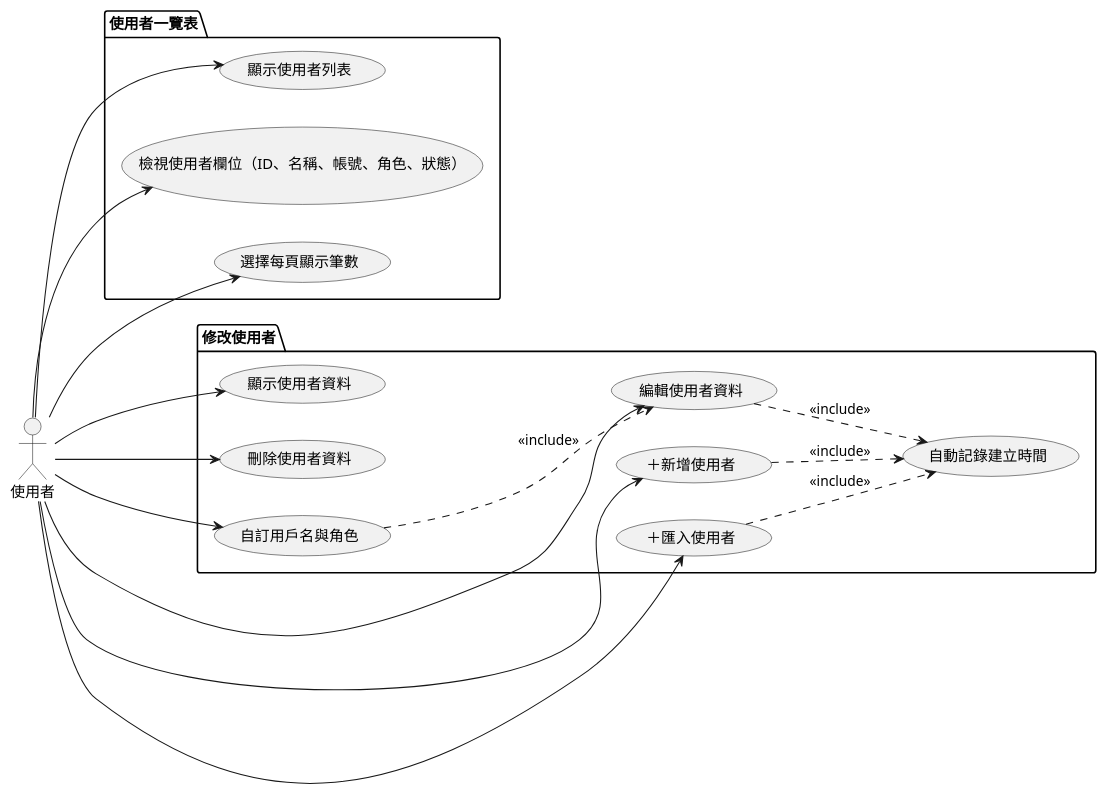
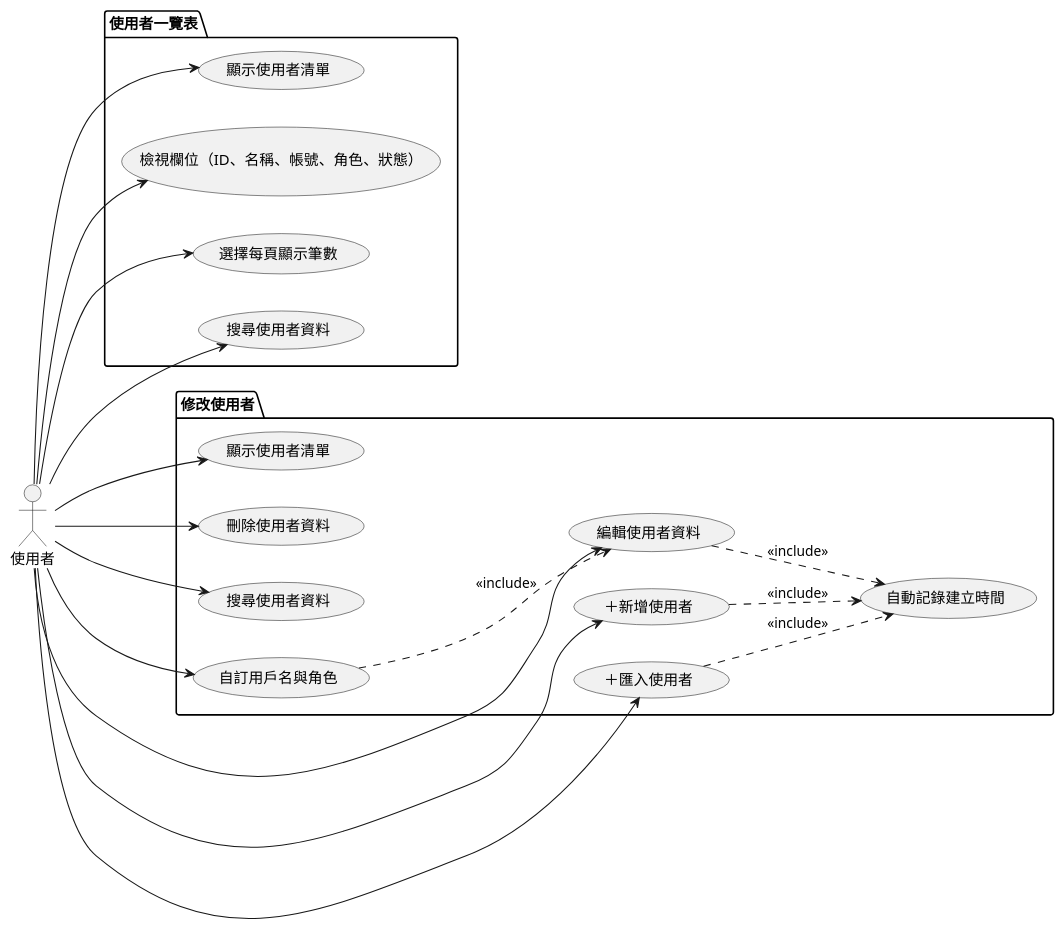
The diagram in mermaid/use_case/user_overview&edit.puml (walle45611/NTUB_SecuManag_Diagram), drawn with PlantUML before and after one commit. The commit also changed 6 other files, not shown here.

```diff
--- a/mermaid/use_case/user_overview&edit.puml
+++ b/mermaid/use_case/user_overview&edit.puml
@@ -1,38 +1,42 @@
 @startuml
 
 left to right direction
 
 actor 使用者
 
 package "使用者一覽表" {
-    usecase "顯示使用者列表" as UC1
-    usecase "檢視使用者欄位（ID、名稱、帳號、角色、狀態）" as UC2
+    usecase "顯示使用者清單" as UC1
+    usecase "檢視欄位（ID、名稱、帳號、角色、狀態）" as UC2
     usecase "選擇每頁顯示筆數" as UC3
+    usecase "搜尋使用者資料" as UC4
 }
 
 package "修改使用者" {
-    usecase "顯示使用者資料" as UC4
-    usecase "編輯使用者資料" as UC5
-    usecase "刪除使用者資料" as UC6
-    usecase "自訂用戶名與角色" as UC7
-    usecase "＋新增使用者" as UC8
-    usecase "＋匯入使用者" as UC9
-    usecase "自動記錄建立時間" as UC10
+    usecase "顯示使用者清單" as UC5
+    usecase "編輯使用者資料" as UC6
+    usecase "刪除使用者資料" as UC7
+    usecase "搜尋使用者資料" as UC8
+    usecase "自訂用戶名與角色" as UC9
+    usecase "＋新增使用者" as UC10
+    usecase "＋匯入使用者" as UC11
+    usecase "自動記錄建立時間" as UC12
 }
 
-UC5 .down.> UC10 : <<include>>
-UC7 .down.> UC5 : <<include>>
-UC8 .down.> UC10 : <<include>>
-UC9 .down.> UC10 : <<include>>
+UC6 .down.> UC12 : <<include>>
+UC9 .down.> UC6 : <<include>>
+UC10 .down.> UC12 : <<include>>
+UC11 .down.> UC12 : <<include>>
 
 使用者 --> UC1
 使用者 --> UC2
 使用者 --> UC3
 使用者 --> UC4
 使用者 --> UC5
 使用者 --> UC6
 使用者 --> UC7
 使用者 --> UC8
 使用者 --> UC9
+使用者 --> UC10
+使用者 --> UC11
 
 @enduml
```
